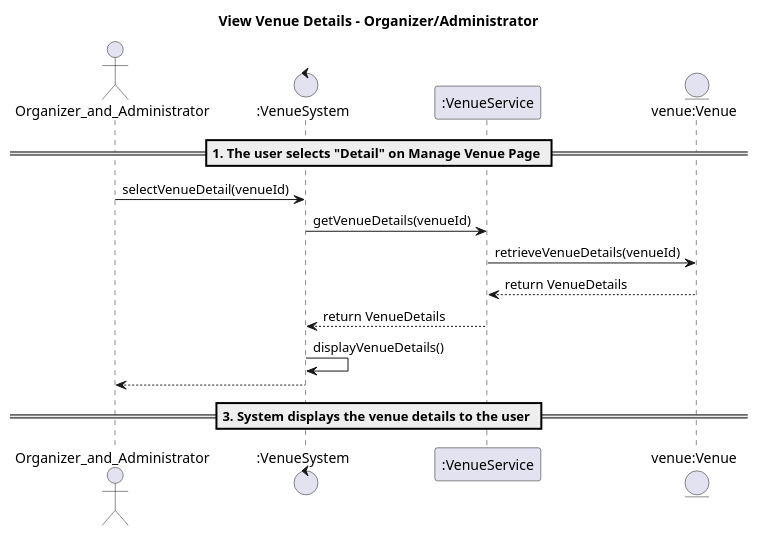
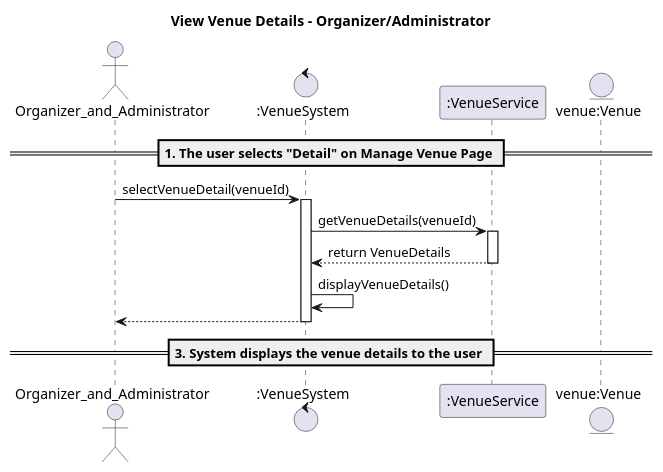
The diagram in 02-analysis/View_Details_Venue.puml (mrle0429/Event-Management-System), drawn with PlantUML before and after one commit. The commit also changed 2 other files, not shown here.

```diff
--- a/02-analysis/View_Details_Venue.puml
+++ b/02-analysis/View_Details_Venue.puml
@@ -1,19 +1,21 @@
 @startuml
 title View Venue Details - Organizer/Administrator
 
 actor Organizer_and_Administrator as OrganizerAdmin
 control ":VenueSystem" as VMS
 participant ":VenueService" as VMSS
 entity "venue:Venue" as DB
 
 == 1. The user selects "Detail" on Manage Venue Page ==
 OrganizerAdmin -> VMS : selectVenueDetail(venueId)
+activate VMS
 
 VMS -> VMSS : getVenueDetails(venueId)
-VMSS -> DB : retrieveVenueDetails(venueId)
-DB --> VMSS : return VenueDetails
+activate VMSS
 VMSS --> VMS : return VenueDetails
+deactivate VMSS
 VMS -> VMS : displayVenueDetails()
 VMS --> OrganizerAdmin :
+deactivate VMS
 == 3. System displays the venue details to the user ==
 @enduml
```
